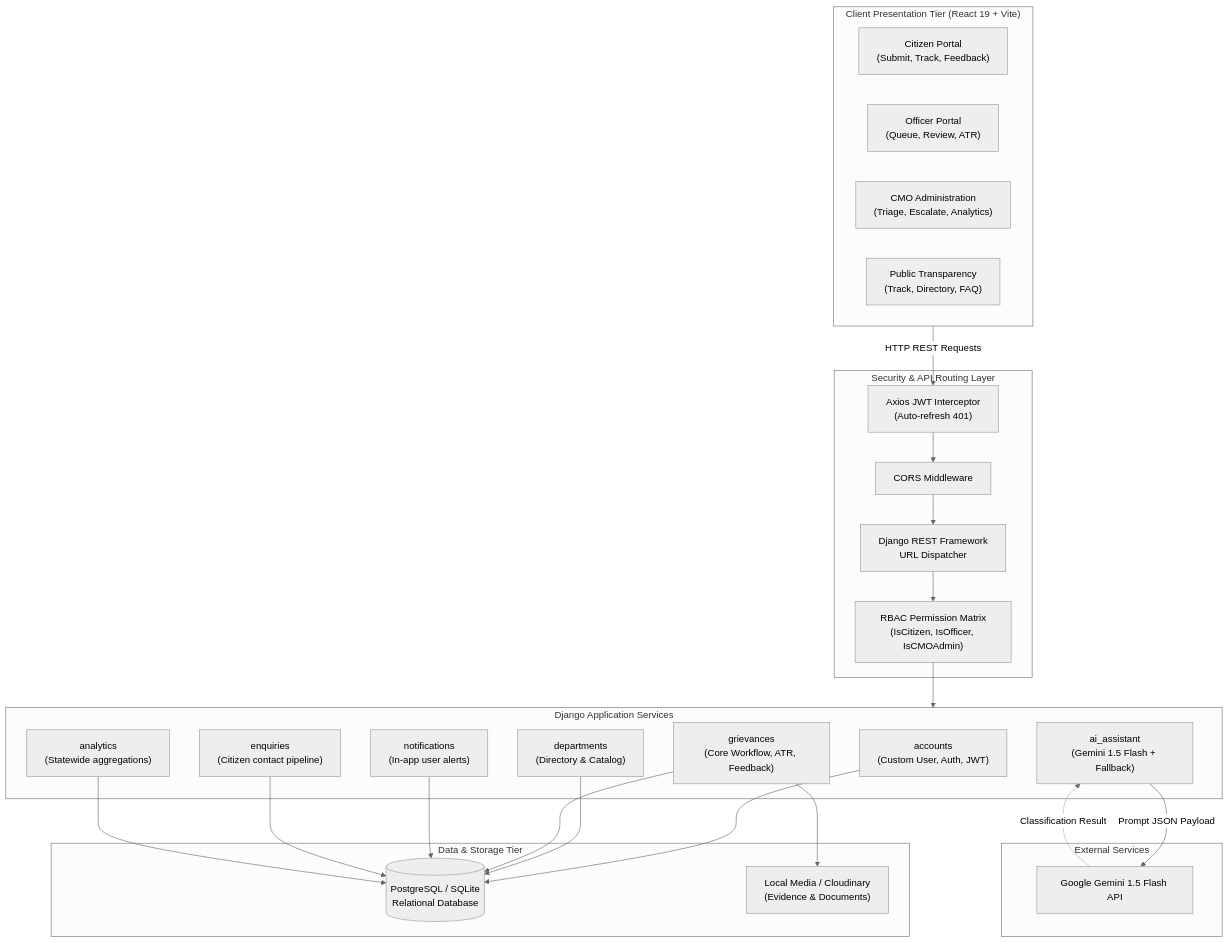
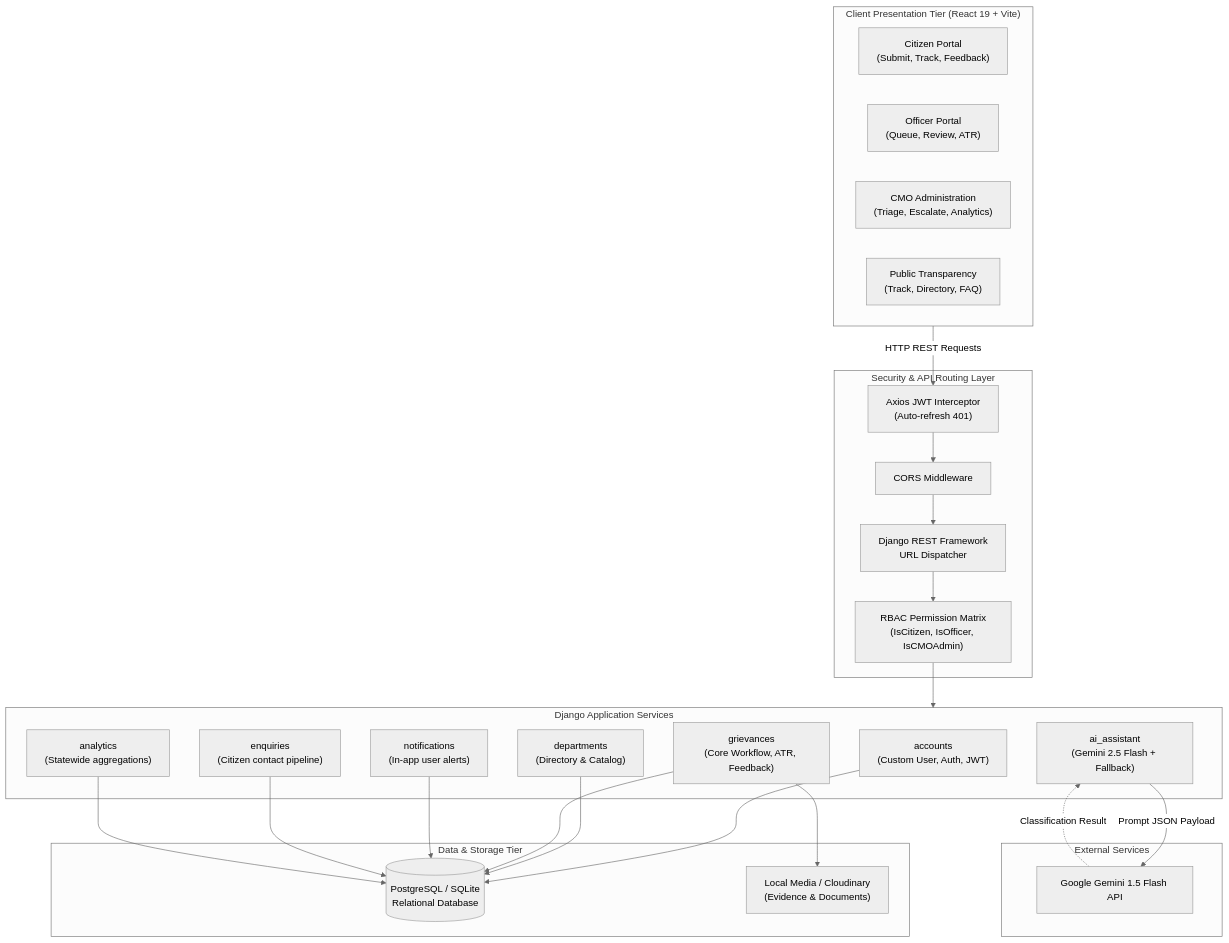
The first of 5 diagrams in DOCUMENTATION/02_System_Architecture.md (SandeepSreekailas/janaseva-kerala), drawn with Mermaid (neutral theme) before and after one commit. The commit also changed other lines of this file and 8 other files, not shown here.

Commit message:
docs: finalize technical documentation, cleanup code artifacts, and update Gemini 2.5 Flash specifications

````diff
--- a/DOCUMENTATION/02_System_Architecture.md
+++ b/DOCUMENTATION/02_System_Architecture.md
@@ -56,52 +56,52 @@
 ```mermaid
 flowchart TD
     subgraph Client ["Client Presentation Tier (React 19 + Vite)"]
         UI_Citizen["Citizen Portal\n(Submit, Track, Feedback)"]
         UI_Officer["Officer Portal\n(Queue, Review, ATR)"]
         UI_CMO["CMO Administration\n(Triage, Escalate, Analytics)"]
         UI_Public["Public Transparency\n(Track, Directory, FAQ)"]
     end
 
     subgraph Gateway ["Security & API Routing Layer"]
         CORS["CORS Middleware"]
         AuthInterceptor["Axios JWT Interceptor\n(Auto-refresh 401)"]
         DRF_Router["Django REST Framework\nURL Dispatcher"]
         PermEngine["RBAC Permission Matrix\n(IsCitizen, IsOfficer, IsCMOAdmin)"]
     end
 
     subgraph Services ["Django Application Services"]
         AppAccounts["accounts\n(Custom User, Auth, JWT)"]
         AppDepts["departments\n(Directory & Catalog)"]
         AppGrievances["grievances\n(Core Workflow, ATR, Feedback)"]
-        AppAI["ai_assistant\n(Gemini 1.5 Flash + Fallback)"]
+        AppAI["ai_assistant\n(Gemini 2.5 Flash + Fallback)"]
         AppNotifs["notifications\n(In-app user alerts)"]
         AppEnquiries["enquiries\n(Citizen contact pipeline)"]
         AppAnalytics["analytics\n(Statewide aggregations)"]
     end
 
     subgraph Data ["Data & Storage Tier"]
         DB[(PostgreSQL / SQLite\nRelational Database)]
         MediaStorage["Local Media / Cloudinary\n(Evidence & Documents)"]
     end
 
     subgraph External ["External Services"]
         GeminiAPI["Google Gemini 1.5 Flash API"]
     end
 
     Client -->|HTTP REST Requests| AuthInterceptor
     AuthInterceptor --> CORS
     CORS --> DRF_Router
     DRF_Router --> PermEngine
     PermEngine --> Services
 
     AppAccounts --> DB
     AppDepts --> DB
     AppGrievances --> DB
     AppGrievances --> MediaStorage
     AppNotifs --> DB
     AppEnquiries --> DB
     AppAnalytics --> DB
 
     AppAI -->|Prompt JSON Payload| GeminiAPI
     GeminiAPI -.->|Classification Result| AppAI
 ```
````
